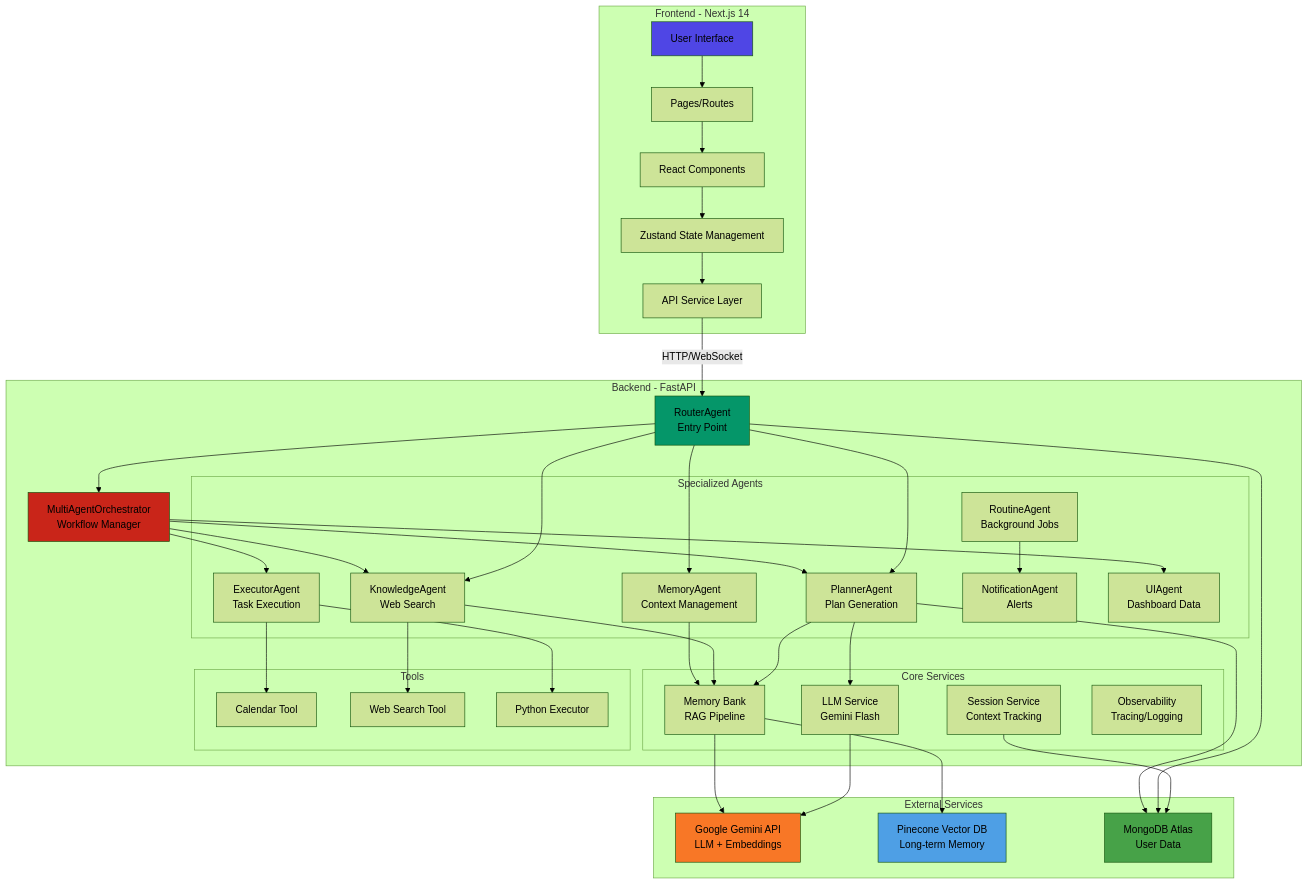
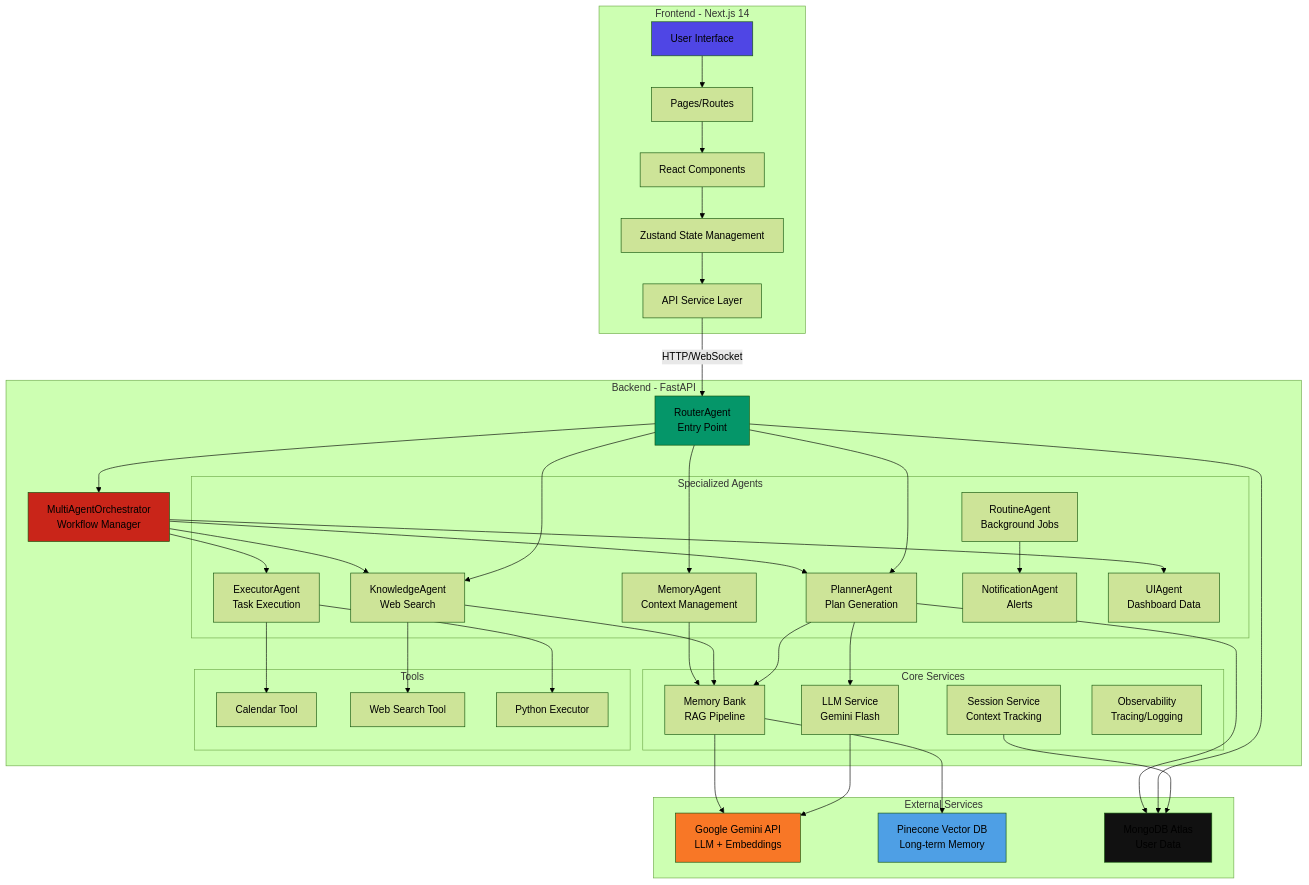
The first of 2 diagrams in README.md (JayChauhan3/lifepilot), drawn with Mermaid (forest theme) before and after one commit.

````diff
--- a/README.md
+++ b/README.md
@@ -127,5 +127,5 @@
     style Orchestrator fill:#C92519
     style Gemini fill:#F87726
     style Pinecone fill:#4E9FE5
-    style MongoDB fill:#47A248
+    style MongoDB fill:#111111
 ```
````
